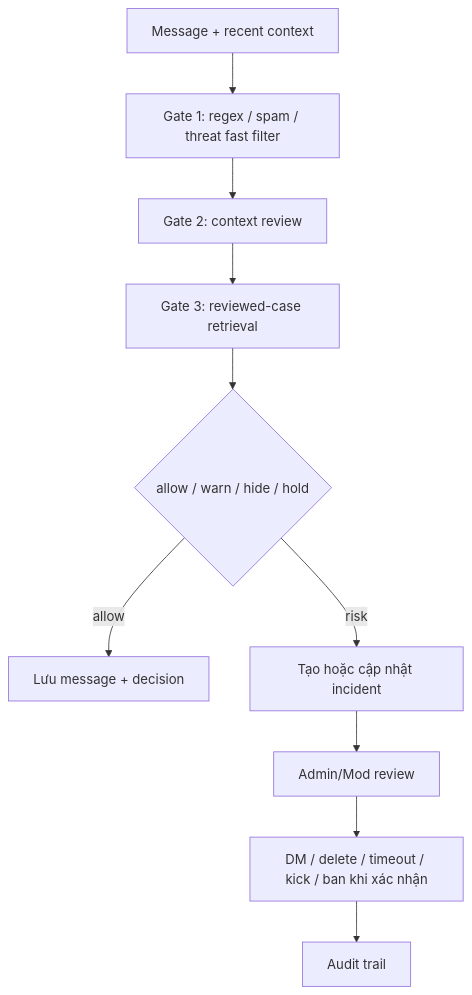
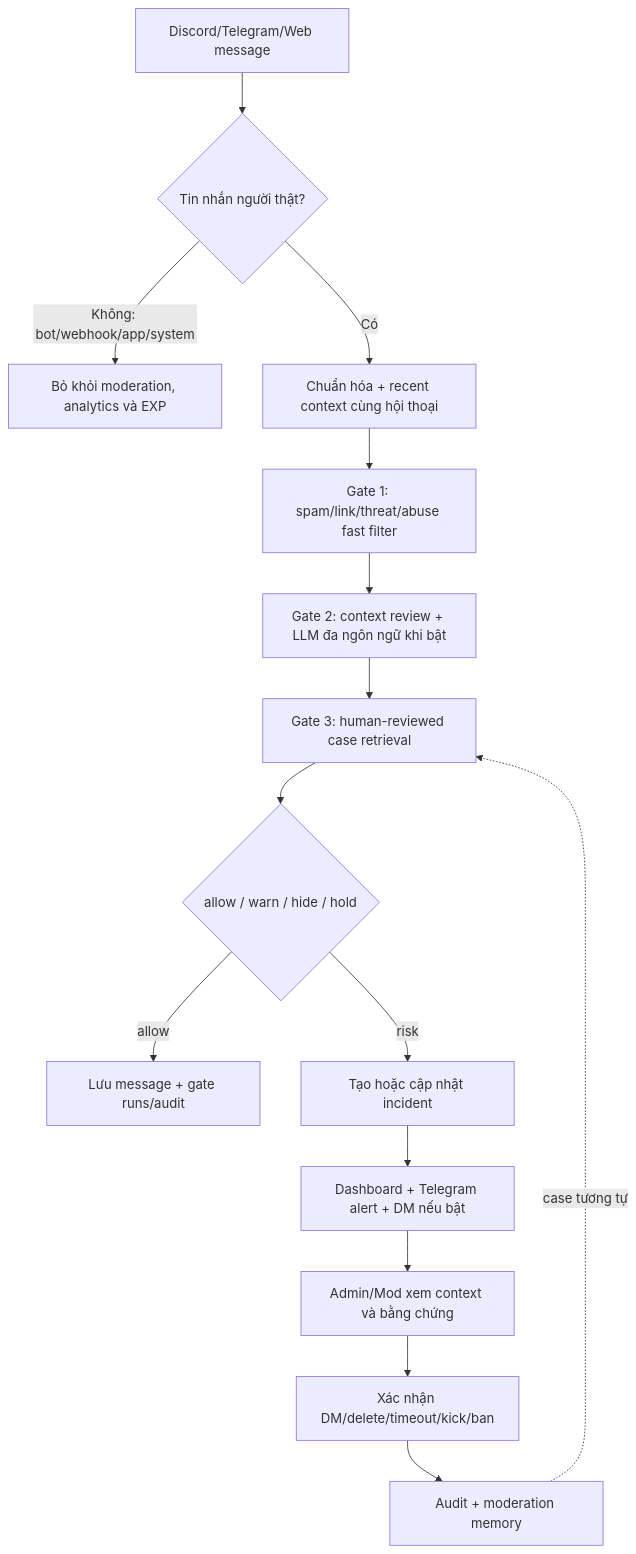
One commit to thanq204/ChatBot-THO changed the third of 7 diagrams in docs/architecture_diagram.md. Above: the diagram before and after it, drawn with Mermaid. The commit also changed other lines of this file and 14 other files, not shown here.

Commit message:
chore: sync THO runtime and architecture

````diff
--- a/docs/architecture_diagram.md
+++ b/docs/architecture_diagram.md
@@ -60,12 +78,17 @@
 ```mermaid
 flowchart TD
-    Message["Message + recent context"] --> Gate1["Gate 1: regex / spam / threat fast filter"]
-    Gate1 --> Gate2["Gate 2: context review"]
-    Gate2 --> Gate3["Gate 3: reviewed-case retrieval"]
+    Raw["Discord/Telegram/Web message"] --> Human{"Tin nhắn người thật?"}
+    Human -->|"Không: bot/webhook/app/system"| Ignore["Bỏ khỏi moderation, analytics và EXP"]
+    Human -->|"Có"| Message["Chuẩn hóa + recent context cùng hội thoại"]
+    Message --> Gate1["Gate 1: spam/link/threat/abuse fast filter"]
+    Gate1 --> Gate2["Gate 2: context review + LLM đa ngôn ngữ khi bật"]
+    Gate2 --> Gate3["Gate 3: human-reviewed case retrieval"]
     Gate3 --> Decision{"allow / warn / hide / hold"}
-    Decision -->|"allow"| Persist["Lưu message + decision"]
+    Decision -->|"allow"| Persist["Lưu message + gate runs/audit"]
     Decision -->|"risk"| Incident["Tạo hoặc cập nhật incident"]
-    Incident --> Review["Admin/Mod review"]
-    Review --> Action["DM / delete / timeout / kick / ban khi xác nhận"]
-    Action --> Audit["Audit trail"]
+    Incident --> Notify["Dashboard + Telegram alert + DM nếu bật"]
+    Notify --> Review["Admin/Mod xem context và bằng chứng"]
+    Review --> Action["Xác nhận DM/delete/timeout/kick/ban"]
+    Action --> Audit["Audit + moderation memory"]
+    Audit -. "case tương tự" .-> Gate3
 ```
````
